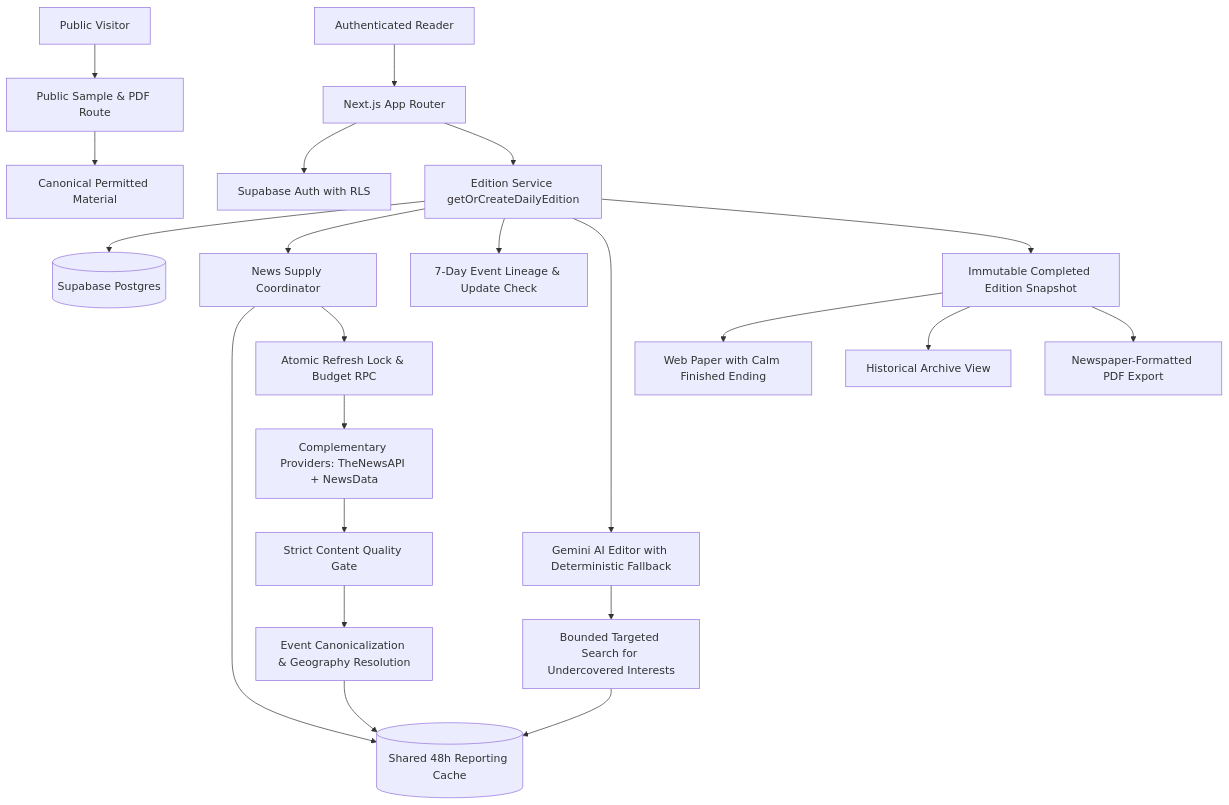
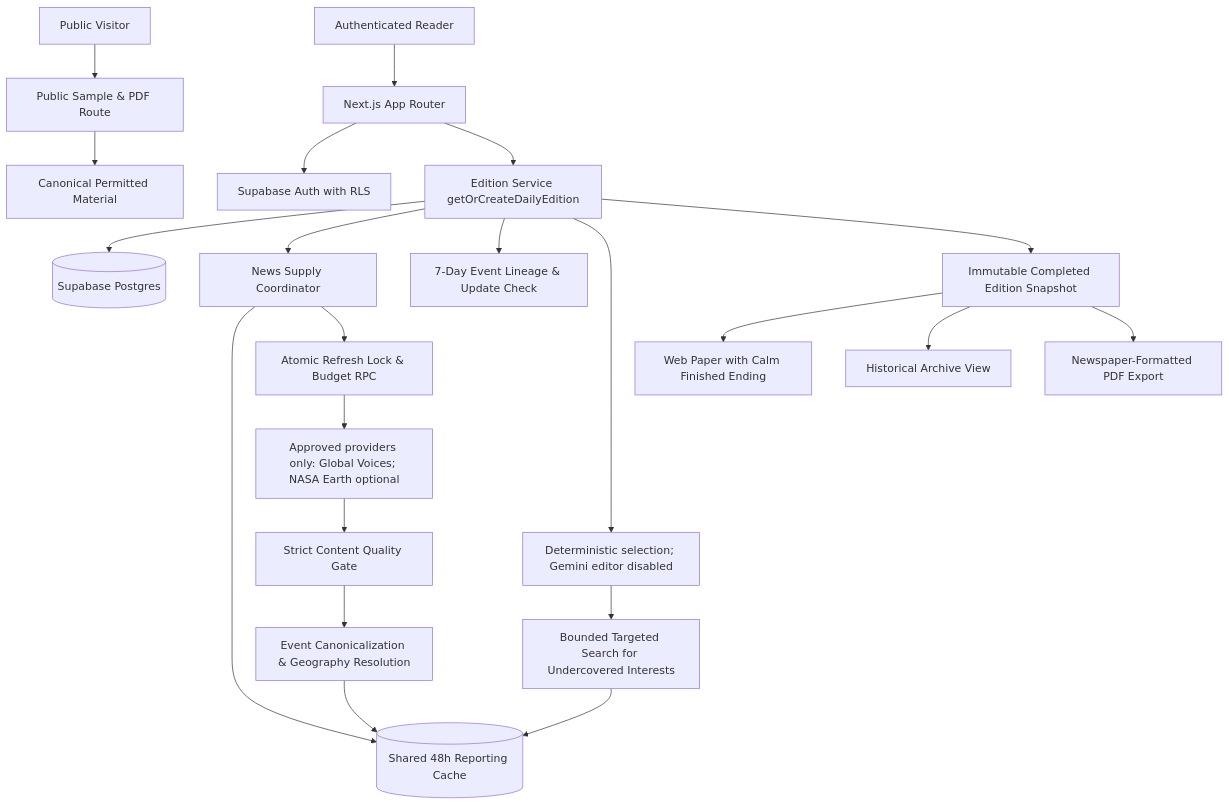
The diagram in docs/evidence/architecture-overview.md (Umer-Hayatt/Project-Herald), drawn with Mermaid before and after one commit. The commit also changed other lines of this file and 6 other files, not shown here.

````diff
--- a/docs/evidence/architecture-overview.md
+++ b/docs/evidence/architecture-overview.md
@@ -5,28 +7,28 @@
 ```mermaid
 flowchart TD
   Visitor[Public Visitor] --> Sample[Public Sample & PDF Route]
   Sample --> SampleData[Canonical Permitted Material]
 
   Reader[Authenticated Reader] --> Next[Next.js App Router]
   Next --> Auth[Supabase Auth with RLS]
   Next --> Edition[Edition Service getOrCreateDailyEdition]
   Edition --> DB[(Supabase Postgres)]
 
   Edition --> Supply[News Supply Coordinator]
   Supply --> Cache[(Shared 48h Reporting Cache)]
   Supply --> Claim[Atomic Refresh Lock & Budget RPC]
-  Claim --> Providers[Complementary Providers: TheNewsAPI + NewsData]
+  Claim --> Providers[Approved providers only: Global Voices; NASA Earth optional]
   Providers --> Quality[Strict Content Quality Gate]
   Quality --> Grouping[Event Canonicalization & Geography Resolution]
   Grouping --> Cache
 
   Edition --> History[7-Day Event Lineage & Update Check]
-  Edition --> AIEditor[Gemini AI Editor with Deterministic Fallback]
+  Edition --> AIEditor[Deterministic selection; Gemini editor disabled]
   AIEditor --> Targeted[Bounded Targeted Search for Undercovered Interests]
   Targeted --> Cache
 
   Edition --> Snapshot[Immutable Completed Edition Snapshot]
   Snapshot --> Paper[Web Paper with Calm Finished Ending]
   Snapshot --> Archive[Historical Archive View]
   Snapshot --> PDF[Newspaper-Formatted PDF Export]
 ```
````
